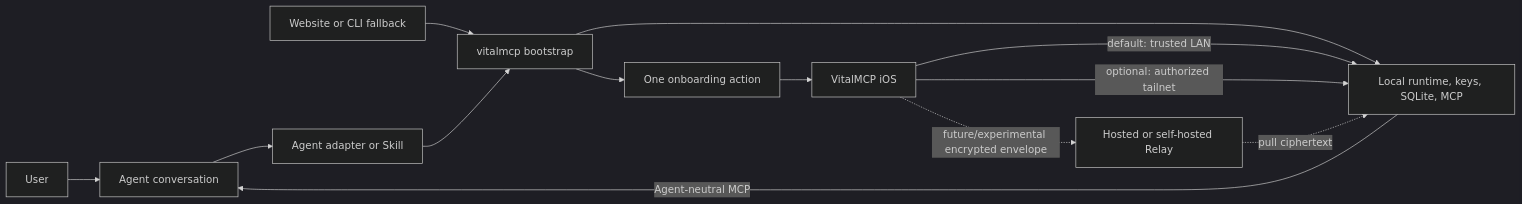
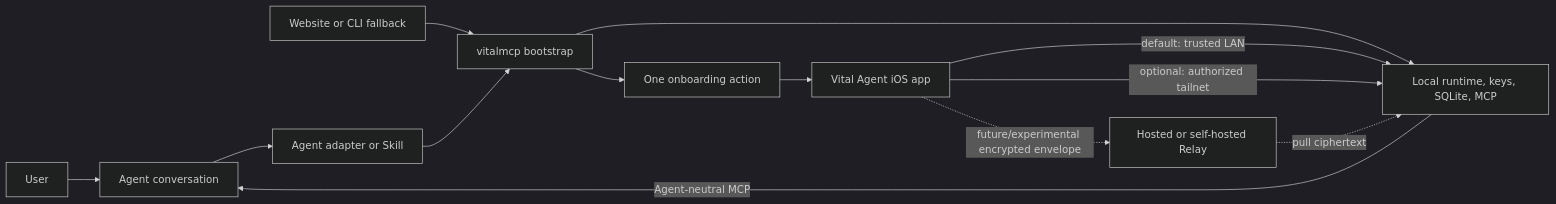
The diagram in docs/agent-first-onboarding.md (Coooder-Crypto/vital-agent-sync), drawn with Mermaid (dark theme) before and after one commit. The commit also changed other lines of this file and 70 other files, not shown here.

Commit message:
feat: rebrand as Vital Agent Sync

````diff
--- a/docs/agent-first-onboarding.md
+++ b/docs/agent-first-onboarding.md
@@ -98,15 +98,15 @@
 ```mermaid
 flowchart LR
   user["User"] --> chat["Agent conversation"]
   chat --> adapter["Agent adapter or Skill"]
   website["Website or CLI fallback"] --> bootstrap["vitalmcp bootstrap"]
   adapter --> bootstrap
   bootstrap --> runtime["Local runtime, keys, SQLite, MCP"]
   bootstrap --> handoff["One onboarding action"]
-  handoff --> ios["VitalMCP iOS"]
+  handoff --> ios["Vital Agent iOS app"]
   ios -->|"default: trusted LAN"| runtime
   ios -->|"optional: authorized tailnet"| runtime
   ios -.->|"future/experimental encrypted envelope"| relay["Hosted or self-hosted Relay"]
   relay -.->|"pull ciphertext"| runtime
   runtime -->|"Agent-neutral MCP"| chat
 ```
````
